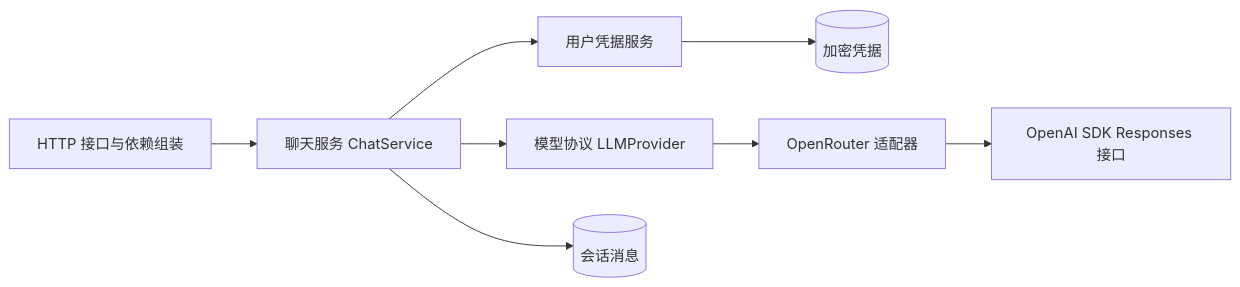
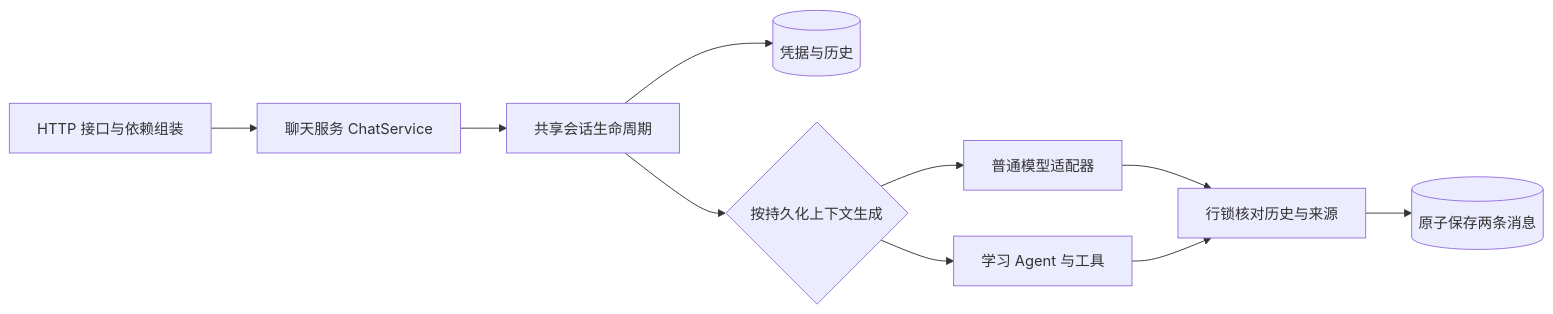
Before and after one commit to byxsssn/ai-workspace: the diagram in README.md, drawn with Mermaid. The commit also changed other lines of this file and 46 other files, not shown here.

Commit message:
feat: 增加学习地图并统一学习会话入口

````diff
--- a/README.md
+++ b/README.md
@@ -158,10 +163,12 @@
 ```mermaid
 flowchart LR
     API[HTTP 接口与依赖组装] --> Chat[聊天服务 ChatService]
-    Chat --> Credentials[用户凭据服务]
-    Credentials --> DB[(加密凭据)]
-    Chat --> Contract[模型协议 LLMProvider]
-    Contract --> Router[OpenRouter 适配器]
-    Router --> SDK[OpenAI SDK Responses 接口]
-    Chat --> Messages[(会话消息)]
+    Chat --> Turn[共享会话生命周期]
+    Turn --> DB[(凭据与历史)]
+    Turn --> Generate{按持久化上下文生成}
+    Generate --> Ordinary[普通模型适配器]
+    Generate --> Agent[学习 Agent 与工具]
+    Ordinary --> Save[行锁核对历史与来源]
+    Agent --> Save
+    Save --> Messages[(原子保存两条消息)]
 ```
````
